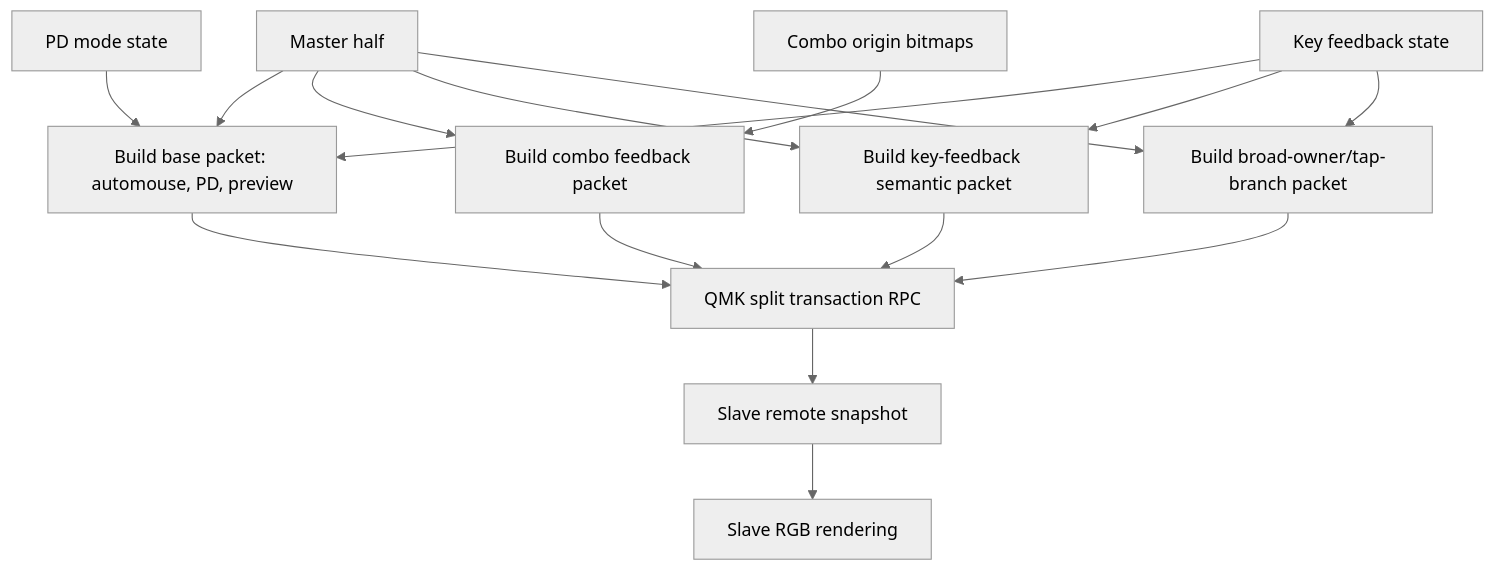
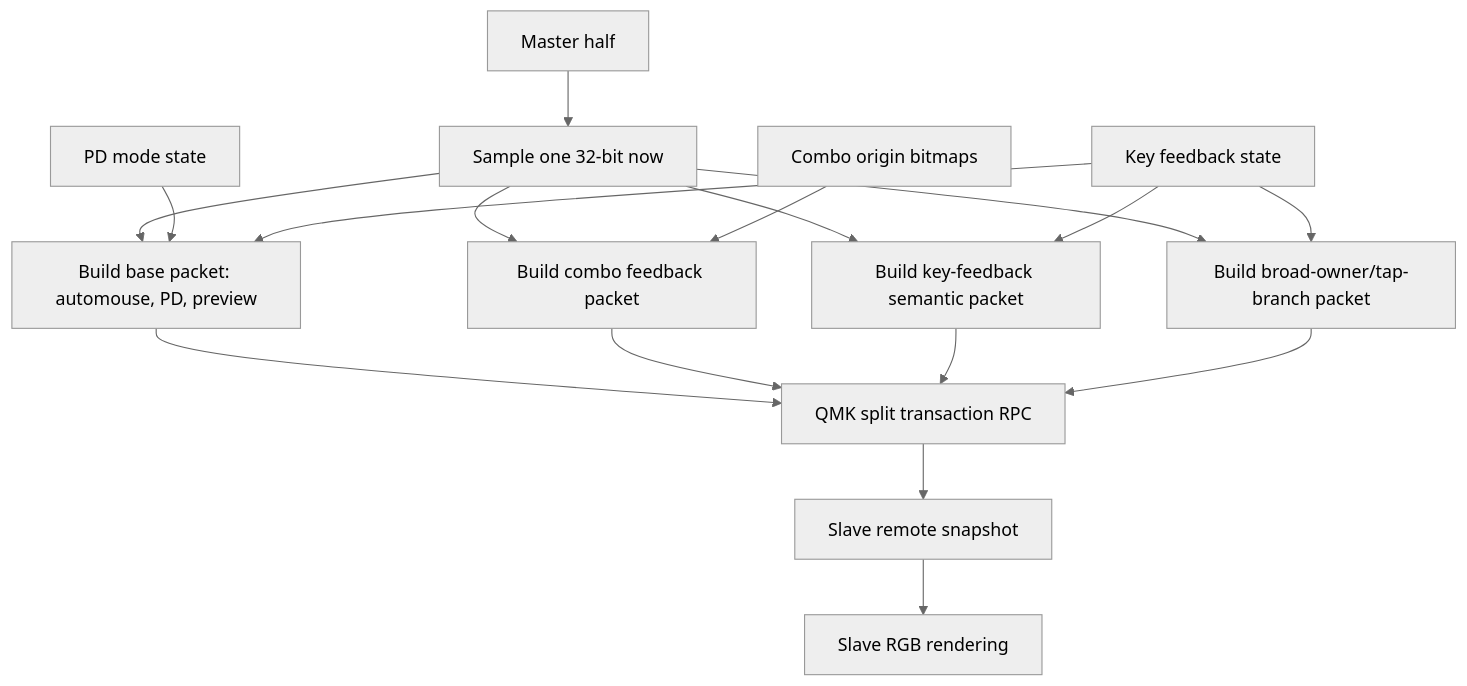
Before and after one commit to NoahCLR/charybdis-4x6: the eighth of 10 diagrams in docs/architecture/runtime-flow.md, drawn with Mermaid (neutral theme). The commit also changed other lines of this file and 14 other files, not shown here.

````diff
--- a/docs/architecture/runtime-flow.md
+++ b/docs/architecture/runtime-flow.md
@@ -175,18 +175,19 @@
 ```mermaid
 flowchart TD
-    master["Master half"] --> build_base["Build base packet: automouse, PD, preview"]
-    master --> build_combo["Build combo feedback packet"]
-    master --> build_semantic["Build key-feedback semantic packet"]
-    master --> build_branch["Build broad-owner/tap-branch packet"]
+    master["Master half"] --> now["Sample one 32-bit now"]
+    now --> build_base["Build base packet: automouse, PD, preview"]
+    now --> build_combo["Build combo feedback packet"]
+    now --> build_semantic["Build key-feedback semantic packet"]
+    now --> build_branch["Build broad-owner/tap-branch packet"]
     build_base --> rpc["QMK split transaction RPC"]
     build_combo --> rpc
     build_semantic --> rpc
     build_branch --> rpc
     rpc --> slave["Slave remote snapshot"]
     slave --> rgb["Slave RGB rendering"]
     pd["PD mode state"] --> build_base
     feedback["Key feedback state"] --> build_base
     feedback --> build_semantic
     feedback --> build_branch
     combo["Combo origin bitmaps"] --> build_combo
 ```
````
